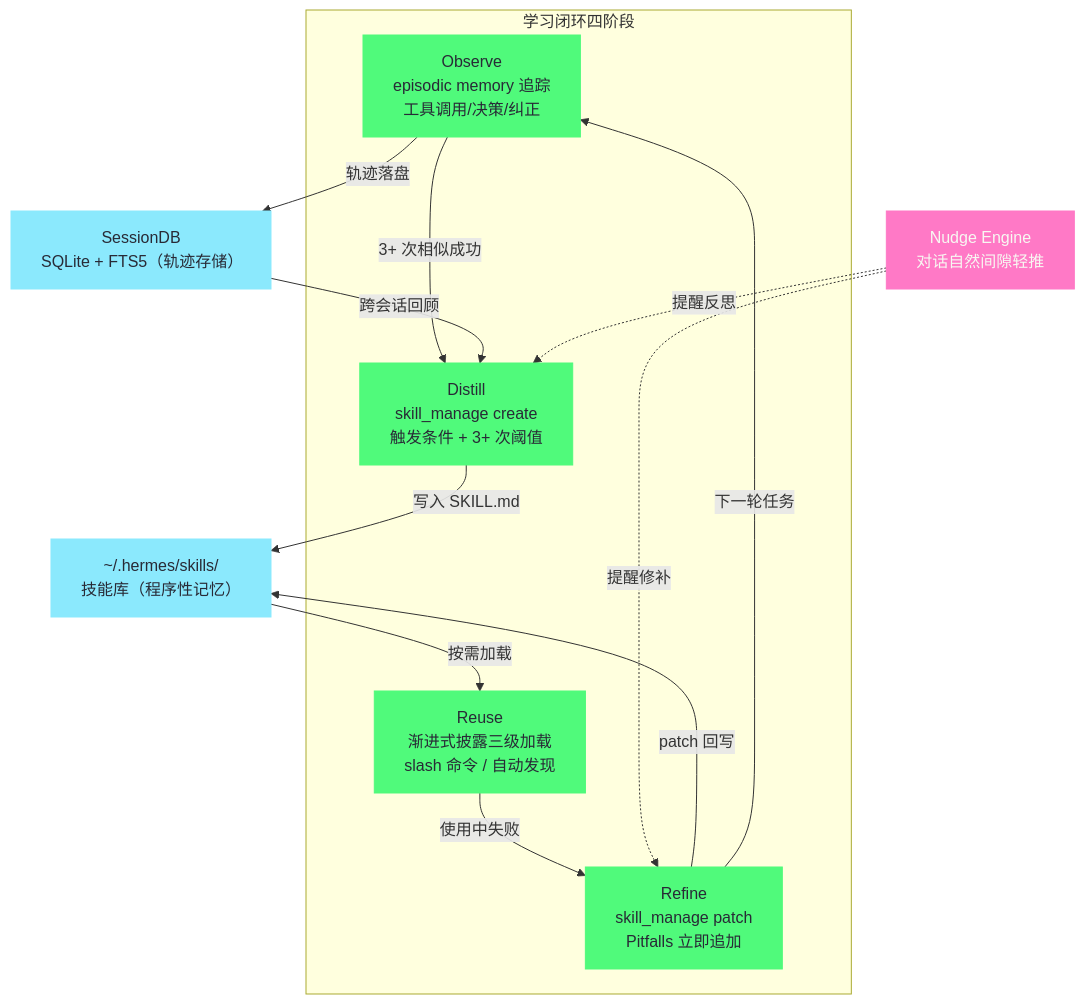
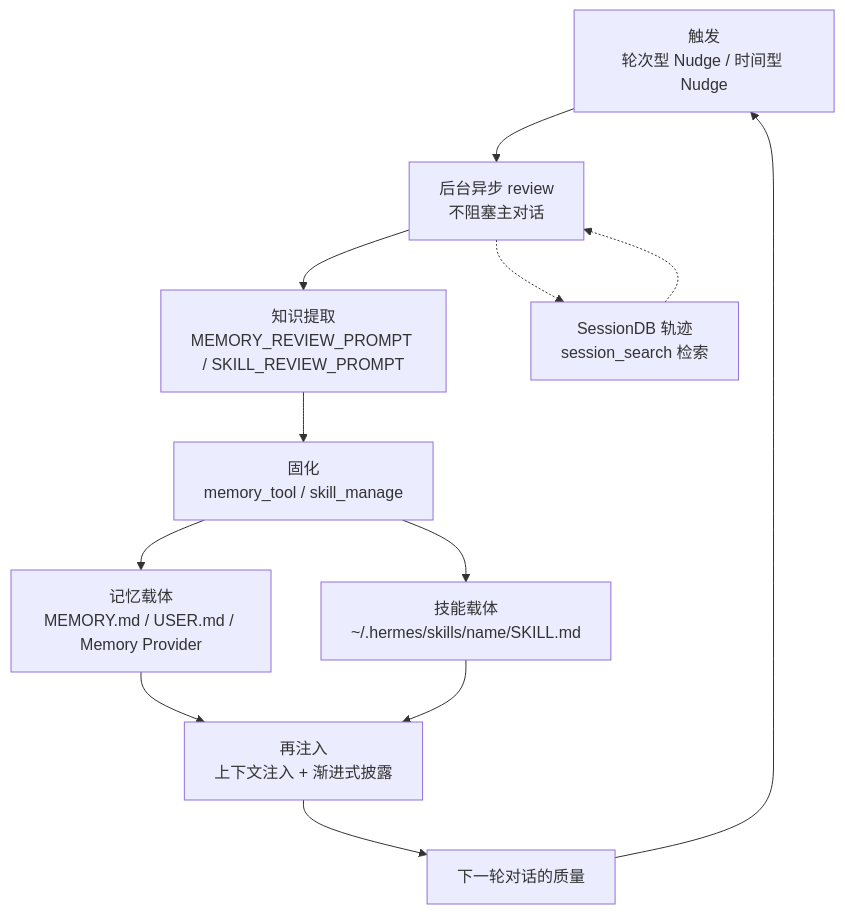
Before and after one commit to hpliStartAgain/my-brain: the first of 5 diagrams in content/LLM/Hermes-Agent/04 学习闭环——Observe-Distill-Reuse-Refine.md, drawn with Mermaid. The commit also changed other lines of this file and 259 other files, not shown here.

````diff
--- a/content/LLM/Hermes-Agent/04 学习闭环——Observe-Distill-Reuse-Refine.md
+++ b/content/LLM/Hermes-Agent/04 学习闭环——Observe-Distill-Reuse-Refine.md
@@ -60,32 +72,15 @@
 ```mermaid
 %%{init: {'theme': 'dracula'}}%%
 graph TD
-    subgraph Loop["学习闭环四阶段"]
-        O["Observe<br/>episodic memory 追踪<br/>工具调用/决策/纠正"]
-        D["Distill<br/>skill_manage create<br/>触发条件 + 3+ 次阈值"]
-        R["Reuse<br/>渐进式披露三级加载<br/>slash 命令 / 自动发现"]
-        F["Refine<br/>skill_manage patch<br/>Pitfalls 立即追加"]
-    end
-
-    N["Nudge Engine<br/>对话自然间隙轻推"]
-    S["SessionDB<br/>SQLite + FTS5（轨迹存储）"]
-    K["~/.hermes/skills/<br/>技能库（程序性记忆）"]
-
-    O -->|"3+ 次相似成功"| D
-    D -->|"写入 SKILL.md"| K
-    K -->|"按需加载"| R
-    R -->|"使用中失败"| F
-    F -->|"patch 回写"| K
-    F -->|"下一轮任务"| O
-    O -->|"轨迹落盘"| S
-    S -->|"跨会话回顾"| D
-    N -.->|"提醒反思"| D
-    N -.->|"提醒修补"| F
-
-    classDef phase fill:#50fa7b,stroke:#50fa7b,color:#282a36
-    classDef driver fill:#ff79c6,stroke:#ff79c6,color:#f8f8f2
-    classDef store fill:#8be9fd,stroke:#8be9fd,color:#282a36
-    class O,D,R,F phase
-    class N driver
-    class S,K store
+    T["触发<br/>轮次型 Nudge / 时间型 Nudge"] --> R["后台异步 review<br/>不阻塞主对话"]
+    R --> E["知识提取<br/>MEMORY_REVIEW_PROMPT / SKILL_REVIEW_PROMPT"]
+    E --> W["固化<br/>memory_tool / skill_manage"]
+    W --> C1["记忆载体<br/>MEMORY.md / USER.md / Memory Provider"]
+    W --> C2["技能载体<br/>~/.hermes/skills/name/SKILL.md"]
+    C1 --> I["再注入<br/>上下文注入 + 渐进式披露"]
+    C2 --> I
+    I --> D["下一轮对话的质量"]
+    D --> T
+    H["SessionDB 轨迹<br/>session_search 检索"] -.-> R
+    R -.-> H
 ```
````
